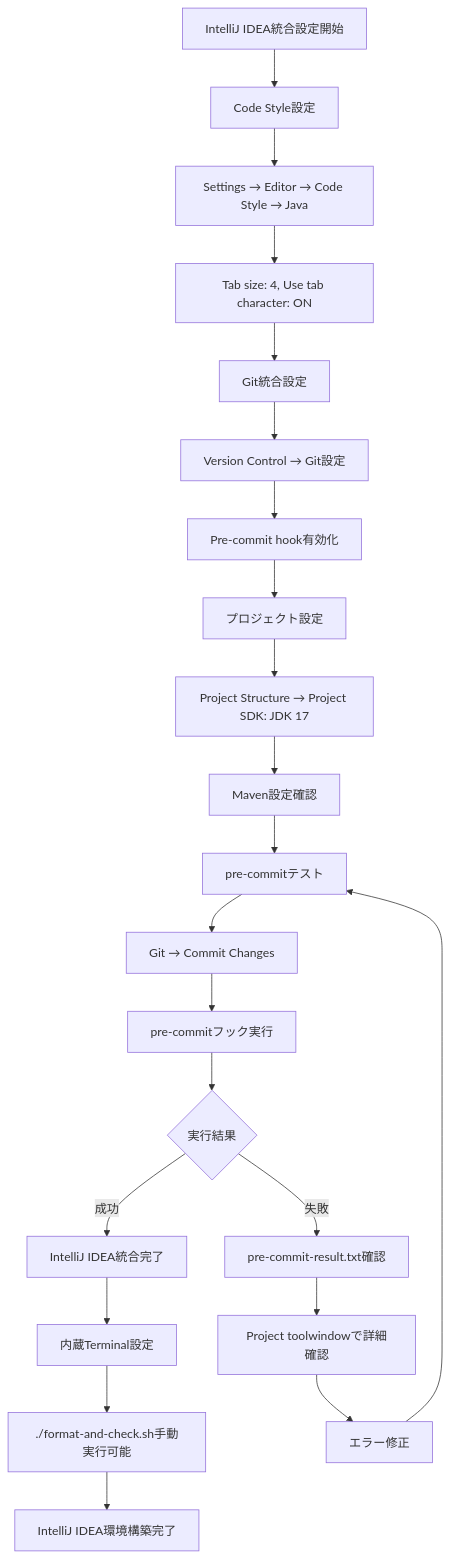
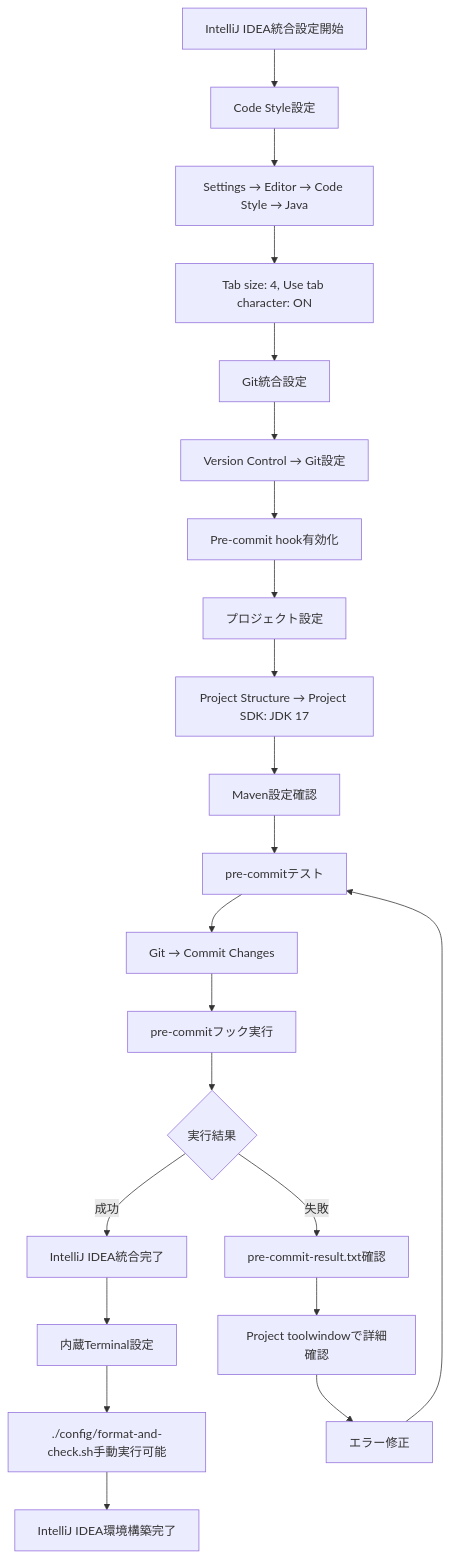
The sixth of 17 diagrams in scripts/STATIC_ANALYSIS_TOOLS_FEATURE_DIAGRAM.md (digital-ojt/development-webCourse-DroneInventorySystem), drawn with Mermaid before and after one commit. The commit also changed other lines of this file and 20 other files, not shown here.

````diff
--- a/scripts/STATIC_ANALYSIS_TOOLS_FEATURE_DIAGRAM.md
+++ b/scripts/STATIC_ANALYSIS_TOOLS_FEATURE_DIAGRAM.md
@@ -296,32 +296,32 @@
 ```mermaid
 flowchart TD
     START[IntelliJ IDEA統合設定開始]
     
     START --> A1[Code Style設定]
     A1 --> A2[Settings → Editor → Code Style → Java]
     A2 --> A3[Tab size: 4, Use tab character: ON]
     
     A3 --> B1[Git統合設定]
     B1 --> B2[Version Control → Git設定]    
     B2 --> B3[Pre-commit hook有効化]
     
     B3 --> C1[プロジェクト設定]
     C1 --> C2[Project Structure → Project SDK: JDK 17]
     C2 --> C3[Maven設定確認]
     
     C3 --> D1[pre-commitテスト]
     D1 --> D2[Git → Commit Changes]
     D2 --> D3[pre-commitフック実行]
     
     D3 --> E1{実行結果}
     E1 -->|成功| F1[IntelliJ IDEA統合完了]
     E1 -->|失敗| G1[pre-commit-result.txt確認]
     
     G1 --> G2[Project toolwindowで詳細確認]
     G2 --> G3[エラー修正]
     G3 --> D1
     
     F1 --> H1[内蔵Terminal設定]
-    H1 --> H2[./format-and-check.sh手動実行可能]
+    H1 --> H2[./config/format-and-check.sh手動実行可能]
     H2 --> END[IntelliJ IDEA環境構築完了]
 ```
````
